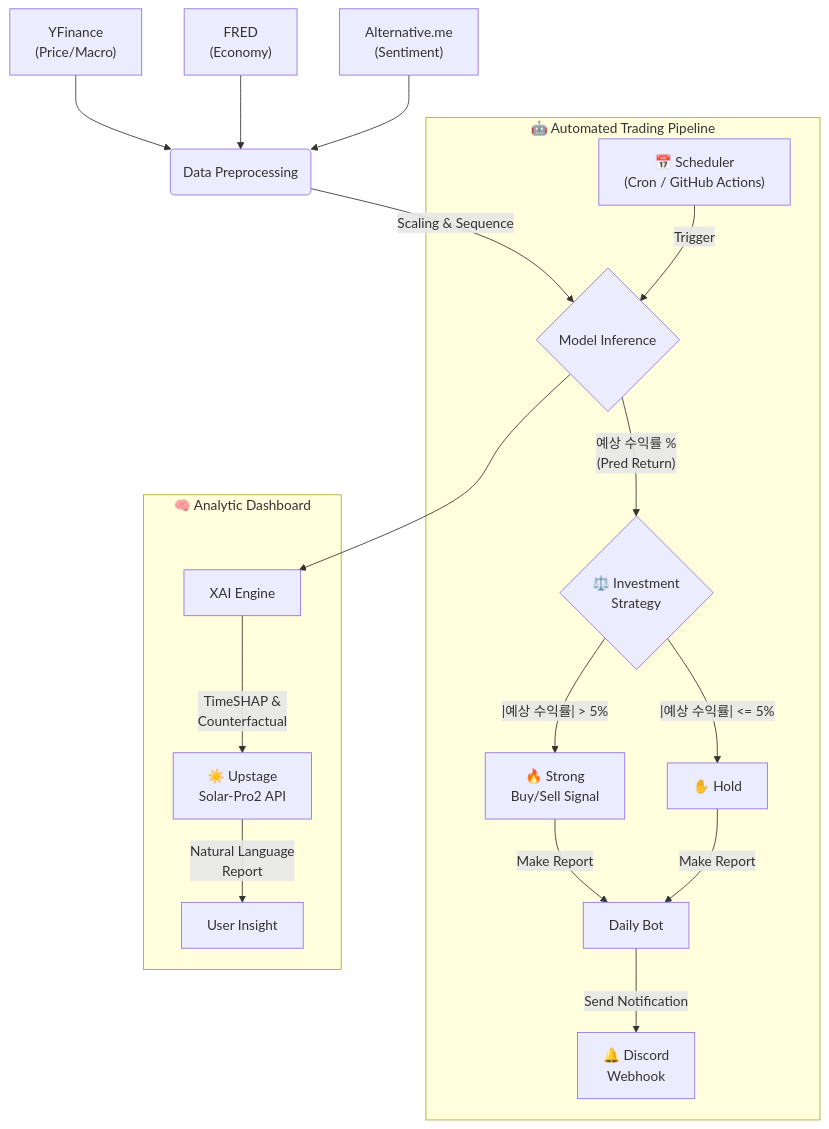
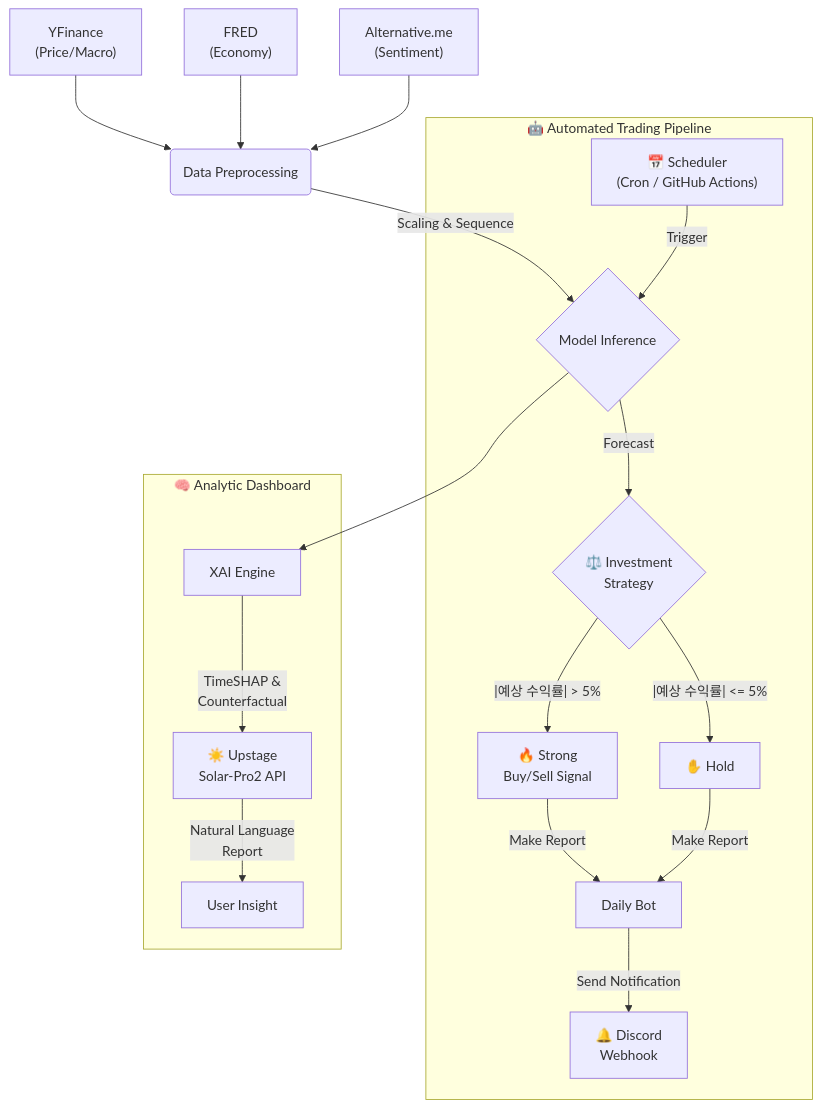
The diagram in README.md (Hipposdata/BTC_FCST), drawn with Mermaid before and after one commit.

````diff
--- a/README.md
+++ b/README.md
@@ -91,27 +91,27 @@
 ```mermaid
 graph TD
     %% Data Flow (Split for stability)
     A1["YFinance<br/>(Price/Macro)"] --> B(Data Preprocessing)
     A2["FRED<br/>(Economy)"] --> B
     A3["Alternative.me<br/>(Sentiment)"] --> B
     
     B -->|"Scaling & Sequence"| C{Model Inference}
     
     %% Automated Path
     subgraph "🤖 Automated Trading Pipeline"
     S["📅 Scheduler<br/>(Cron / GitHub Actions)"] -->|Trigger| C
-    C -->|"예상 수익률 %<br/>(Pred Return)"| STR{"⚖️ Investment<br/>Strategy"}
+    C -->|"Forecast"| STR{"⚖️ Investment<br/>Strategy"}
     STR --"|예상 수익률| > 5%"--> BUY["🔥 Strong<br/>Buy/Sell Signal"]
     STR --"|예상 수익률| <= 5%"--> HOLD["✋ Hold<br/>"]
     
     BUY & HOLD -->|Make Report| D[Daily Bot]
     D -->|Send Notification| WEB["🔔 Discord<br/>Webhook"]
     end
     
     %% Dashboard Path
     subgraph "🧠 Analytic Dashboard"
     C --> G[XAI Engine]
     G -->|"TimeSHAP &<br/>Counterfactual"| H["☀️ Upstage<br/>Solar-Pro2 API"]
     H -->|"Natural Language<br/>Report"| I[User Insight]
     end
 ```
````
